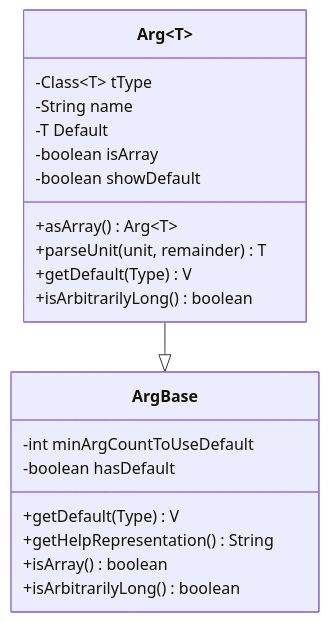
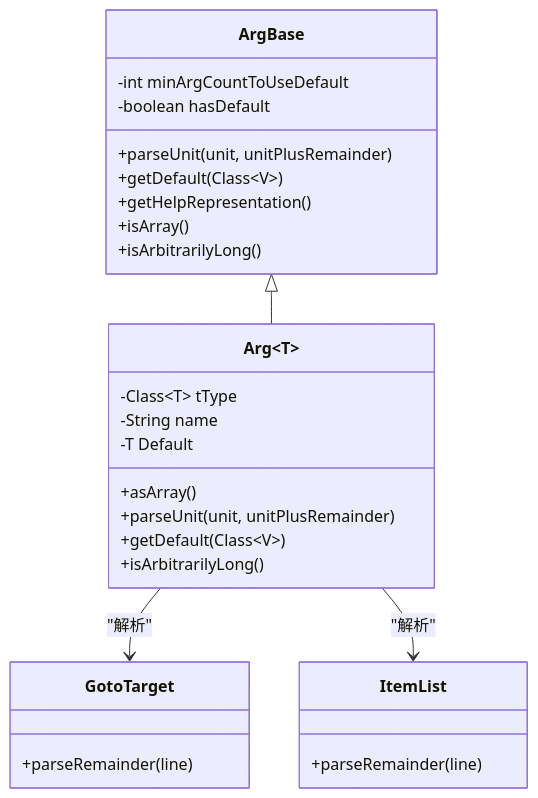
The fifth of 6 diagrams in .qoder/repowiki/zh/content/命令系统/命令系统.md (wjartpix/minecraft_ai_play2npc), drawn with Mermaid before and after one commit. The commit also changed other lines of this file and 188 other files, not shown here.

````diff
--- a/.qoder/repowiki/zh/content/命令系统/命令系统.md
+++ b/.qoder/repowiki/zh/content/命令系统/命令系统.md
@@ -215,23 +199,30 @@
 ```mermaid
 classDiagram
 class ArgBase {
 -int minArgCountToUseDefault
 -boolean hasDefault
-+getDefault(Type) V
-+getHelpRepresentation() String
-+isArray() boolean
-+isArbitrarilyLong() boolean
++parseUnit(unit, unitPlusRemainder)
++getDefault(Class~V~)
++getHelpRepresentation()
++isArray()
++isArbitrarilyLong()
 }
 class Arg~T~ {
 -Class~T~ tType
 -String name
 -T Default
--boolean isArray
--boolean showDefault
-+asArray() Arg~T~
-+parseUnit(unit, remainder) T
-+getDefault(Type) V
-+isArbitrarilyLong() boolean
++asArray()
++parseUnit(unit, unitPlusRemainder)
++getDefault(Class~V~)
++isArbitrarilyLong()
 }
-Arg~T~ --|> ArgBase
+class GotoTarget {
++parseRemainder(line)
+}
+class ItemList {
++parseRemainder(line)
+}
+ArgBase <|-- Arg~T~
+Arg~T~ --> GotoTarget : "解析"
+Arg~T~ --> ItemList : "解析"
 ```
````
